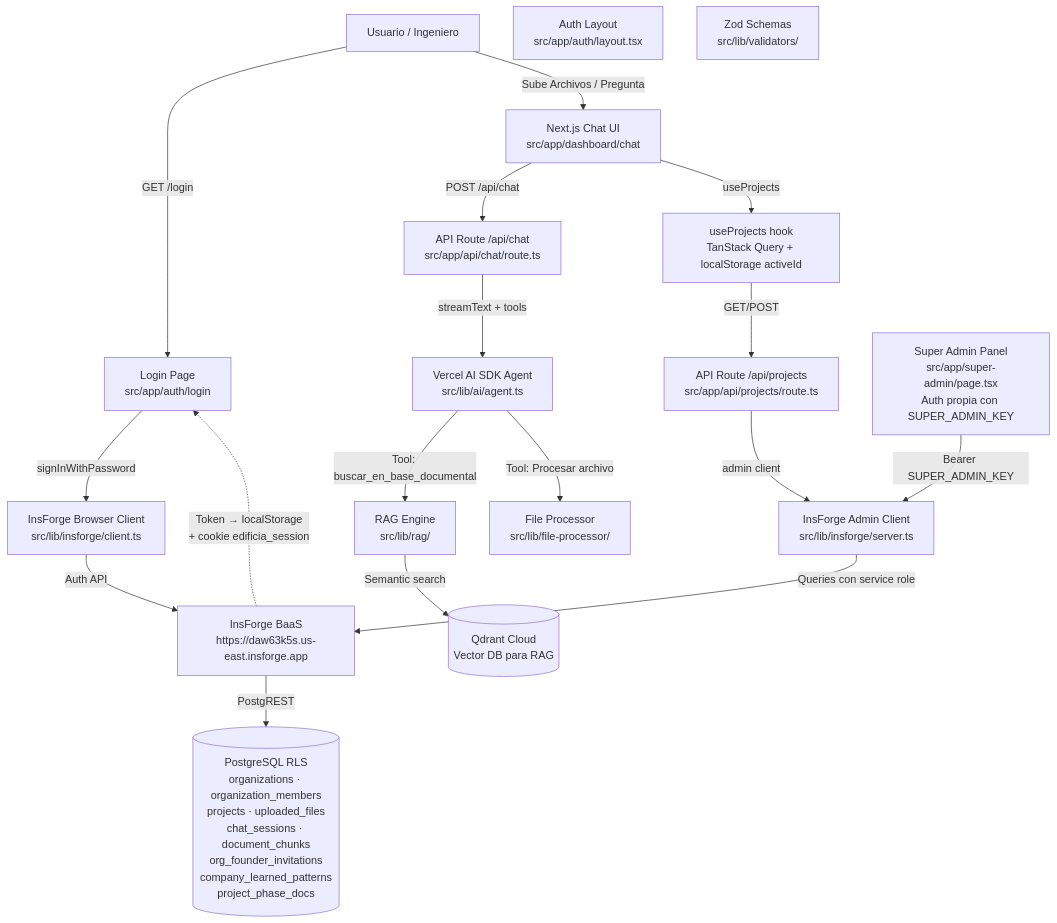
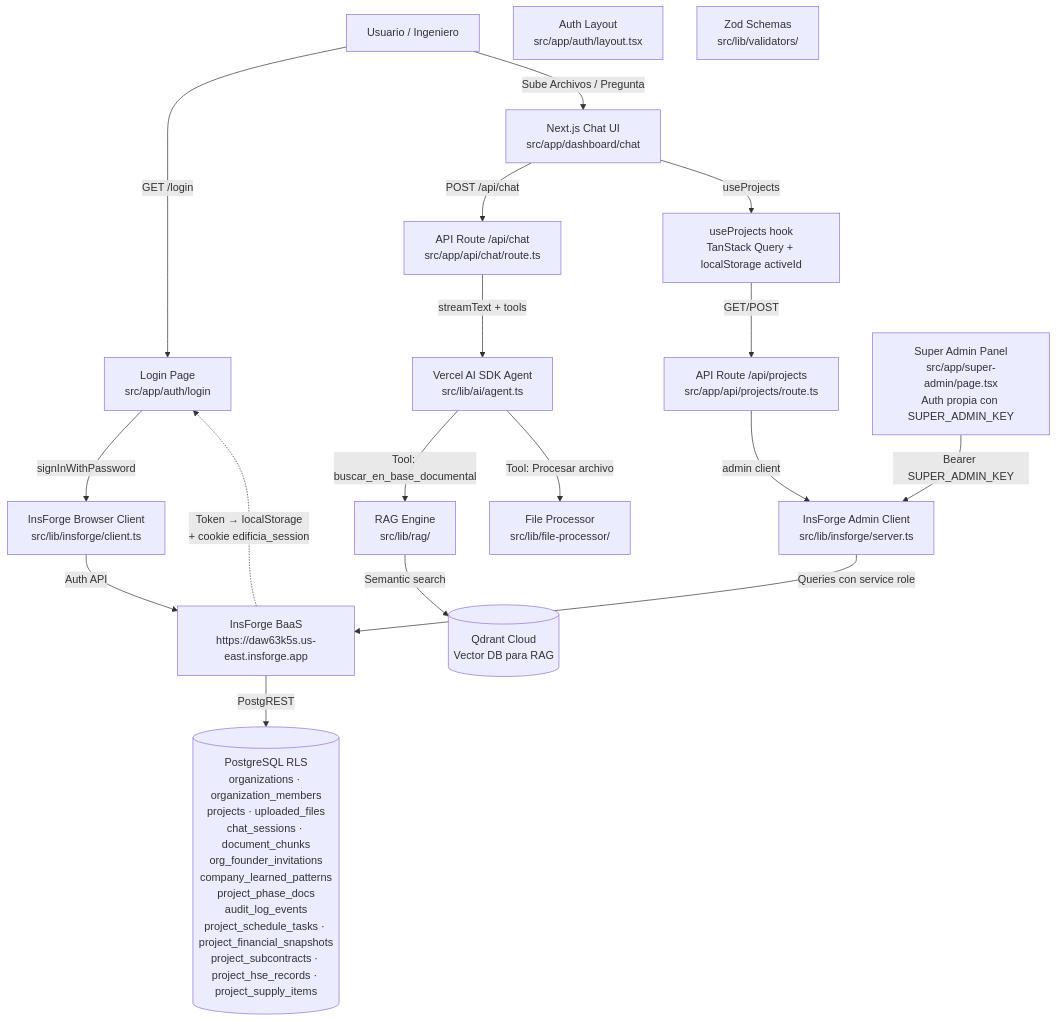
Before and after one commit to nachapoticon-dot/EdificiA-Core: the diagram in docs/04_architecture_map.md, drawn with Mermaid. The commit also changed other lines of this file and 119 other files, not shown here.

First line of the commit message:
feat: agente integral - proactividad, A vs B, cronograma CSV, knowledge graph, router

````diff
--- a/docs/04_architecture_map.md
+++ b/docs/04_architecture_map.md
@@ -20,67 +20,67 @@
 ```mermaid
 graph TD
     %% Entidades externas
     User[Usuario / Ingeniero]
 
     %% Auth Flow
     LoginPage[Login Page\nsrc/app/auth/login]
     AuthLayout[Auth Layout\nsrc/app/auth/layout.tsx]
 
     %% Dashboard
     ChatUI[Next.js Chat UI\nsrc/app/dashboard/chat]
     ChatAPI[API Route /api/chat\nsrc/app/api/chat/route.ts]
 
     %% AI
     AI_Agent[Vercel AI SDK Agent\nsrc/lib/ai/agent.ts]
 
     %% InsForge
     BrowserClient[InsForge Browser Client\nsrc/lib/insforge/client.ts]
     AdminClient[InsForge Admin Client\nsrc/lib/insforge/server.ts]
     InsForgeBackend[InsForge BaaS\nhttps://daw63k5s.us-east.insforge.app]
 
     %% DB
-    DB[(PostgreSQL RLS\norganizations · organization_members\nprojects · uploaded_files\nchat_sessions · document_chunks\norg_founder_invitations\ncompany_learned_patterns\nproject_phase_docs)]
+    DB[(PostgreSQL RLS\norganizations · organization_members\nprojects · uploaded_files\nchat_sessions · document_chunks\norg_founder_invitations\ncompany_learned_patterns\nproject_phase_docs\naudit_log_events\nproject_schedule_tasks · project_financial_snapshots\nproject_subcontracts · project_hse_records · project_supply_items)]
 
     %% Qdrant
     Qdrant[(Qdrant Cloud\nVector DB para RAG)]
 
     %% Tools
     Parser[File Processor\nsrc/lib/file-processor/]
     RAG[RAG Engine\nsrc/lib/rag/]
 
     %% Validators
     Validators[Zod Schemas\nsrc/lib/validators/]
 
     %% Projects API
     ProjectsAPI[API Route /api/projects\nsrc/app/api/projects/route.ts]
     useProjects[useProjects hook\nTanStack Query + localStorage activeId]
 
     %% Super Admin
     SuperAdmin[Super Admin Panel\nsrc/app/super-admin/page.tsx\nAuth propia con SUPER_ADMIN_KEY]
 
     %% Conexiones Auth (middleware real + cookie de sesión)
     User -- "GET /login" --> LoginPage
     LoginPage -- "signInWithPassword" --> BrowserClient
     BrowserClient -- "Auth API" --> InsForgeBackend
     InsForgeBackend -. "Token → localStorage\n+ cookie edificia_session" .-> LoginPage
 
     %% Conexiones Chat
     User -- "Sube Archivos / Pregunta" --> ChatUI
     ChatUI -- "POST /api/chat" --> ChatAPI
     ChatAPI -- "streamText + tools" --> AI_Agent
     AI_Agent -- "Tool: buscar_en_base_documental" --> RAG
     RAG -- "Semantic search" --> Qdrant
     AI_Agent -- "Tool: Procesar archivo" --> Parser
 
     %% Projects
     ChatUI -- "useProjects" --> useProjects
     useProjects -- "GET/POST" --> ProjectsAPI
     ProjectsAPI -- "admin client" --> AdminClient
 
     %% DB
     AdminClient -- "Queries con service role" --> InsForgeBackend
     InsForgeBackend -- "PostgREST" --> DB
 
     %% Super Admin (independiente)
     SuperAdmin -- "Bearer SUPER_ADMIN_KEY" --> AdminClient
 ```
````
